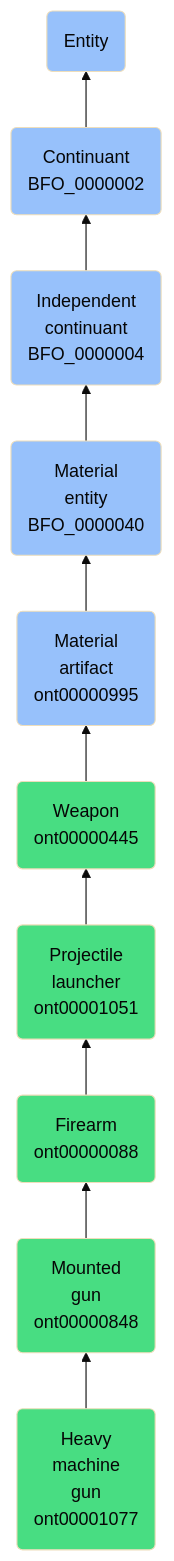
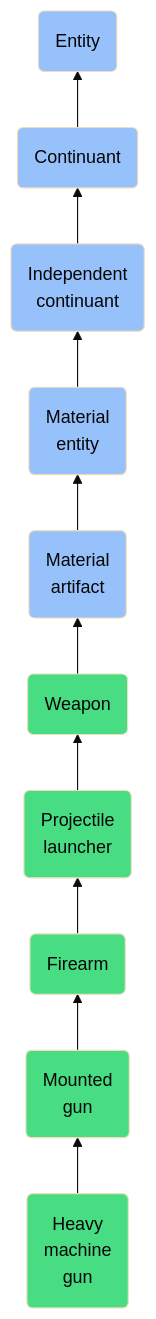
Before and after one commit to jupyter-naas/abi: the diagram in docs/ontology/reference/model/Entity/Continuant/Independent continuant/Material entity/Material artifact/Weapon/Projectile launcher/Firearm/Mounted gun/Heavy machine gun/Heavy machine gun.md, drawn with Mermaid (base theme). The commit also changed other lines of this file and 1430 other files, not shown here.

````diff
--- a/docs/ontology/reference/model/Entity/Continuant/Independent continuant/Material entity/Material artifact/Weapon/Projectile launcher/Firearm/Mounted gun/Heavy machine gun/Heavy machine gun.md
+++ b/docs/ontology/reference/model/Entity/Continuant/Independent continuant/Material entity/Material artifact/Weapon/Projectile launcher/Firearm/Mounted gun/Heavy machine gun/Heavy machine gun.md
@@ -24,17 +24,17 @@
 ```mermaid
 graph BT
-    ont00001077(Heavy<br>machine<br>gun<br>ont00001077):::ABI-->ont00000848
-    ont00000848(Mounted<br>gun<br>ont00000848):::ABI-->ont00000088
-    ont00000088(Firearm<br>ont00000088):::ABI-->ont00001051
-    ont00001051(Projectile<br>launcher<br>ont00001051):::ABI-->ont00000445
-    ont00000445(Weapon<br>ont00000445):::ABI-->ont00000995
-    ont00000995(Material<br>artifact<br>ont00000995):::BFO-->BFO_0000040
-    BFO_0000040(Material<br>entity<br>BFO_0000040):::BFO-->BFO_0000004
-    BFO_0000004(Independent<br>continuant<br>BFO_0000004):::BFO-->BFO_0000002
-    BFO_0000002(Continuant<br>BFO_0000002):::BFO-->BFO_0000001
+    ont00001077(Heavy<br>machine<br>gun):::ABI-->ont00000848
+    ont00000848(Mounted<br>gun):::ABI-->ont00000088
+    ont00000088(Firearm):::ABI-->ont00001051
+    ont00001051(Projectile<br>launcher):::ABI-->ont00000445
+    ont00000445(Weapon):::ABI-->ont00000995
+    ont00000995(Material<br>artifact):::BFO-->BFO_0000040
+    BFO_0000040(Material<br>entity):::BFO-->BFO_0000004
+    BFO_0000004(Independent<br>continuant):::BFO-->BFO_0000002
+    BFO_0000002(Continuant):::BFO-->BFO_0000001
     BFO_0000001(Entity):::BFO
     
     classDef BFO fill:#97c1fb,color:#060606
     classDef CCO fill:#e4c51e,color:#060606
     classDef ABI fill:#48DD82,color:#060606
 ```
````
